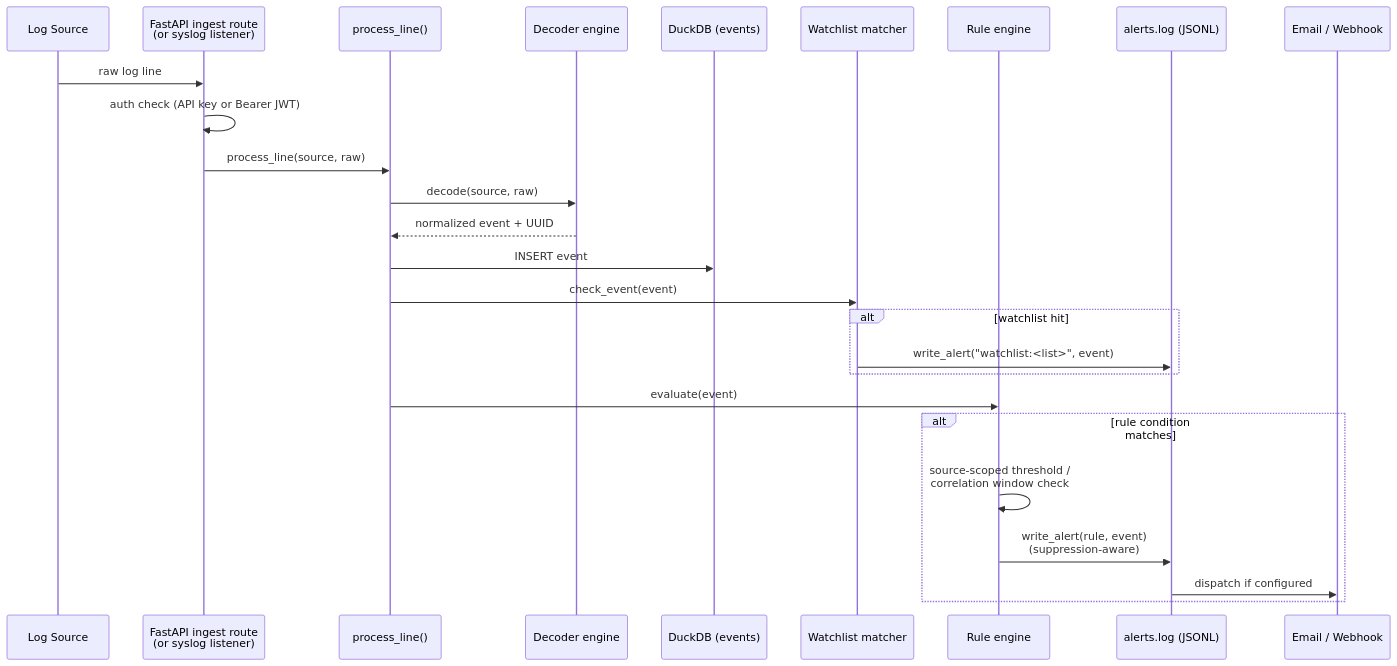
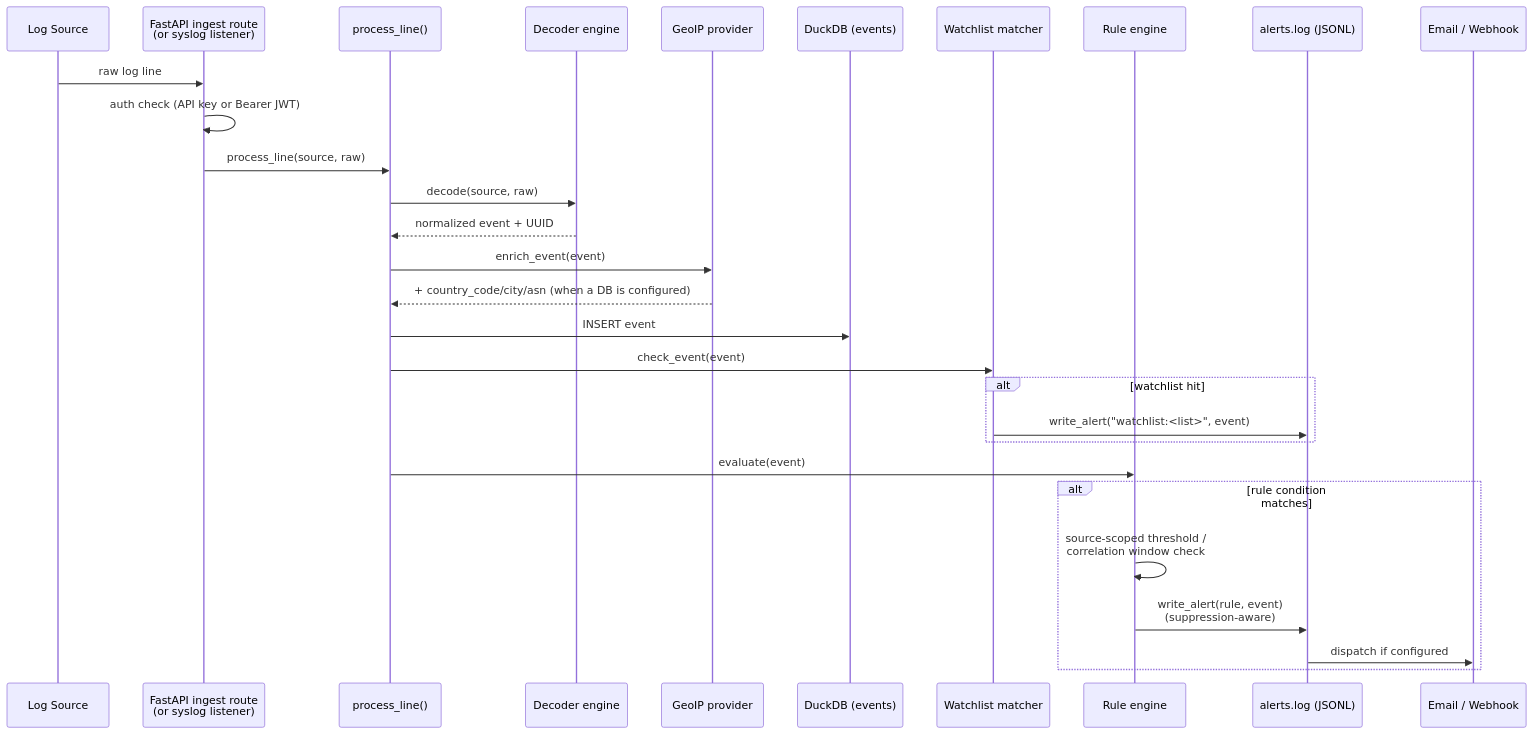
Before and after one commit to netsecid/tinysiem: the second of 5 diagrams in docs/architecture.md, drawn with Mermaid. The commit also changed other lines of this file and 9 other files, not shown here.

````diff
--- a/docs/architecture.md
+++ b/docs/architecture.md
@@ -82,29 +82,32 @@
 ```mermaid
 sequenceDiagram
     participant Src as Log Source
     participant API as FastAPI ingest route<br/>(or syslog listener)
     participant Pipe as process_line()
     participant Dec as Decoder engine
+    participant Geo as GeoIP provider
     participant DB as DuckDB (events)
     participant WL as Watchlist matcher
     participant Rule as Rule engine
     participant Log as alerts.log (JSONL)
     participant Notif as Email / Webhook
 
     Src->>API: raw log line
     API->>API: auth check (API key or Bearer JWT)
     API->>Pipe: process_line(source, raw)
     Pipe->>Dec: decode(source, raw)
     Dec-->>Pipe: normalized event + UUID
+    Pipe->>Geo: enrich_event(event)
+    Geo-->>Pipe: + country_code/city/asn (when a DB is configured)
     Pipe->>DB: INSERT event
     Pipe->>WL: check_event(event)
     alt watchlist hit
         WL->>Log: write_alert("watchlist:<list>", event)
     end
     Pipe->>Rule: evaluate(event)
     alt rule condition matches
         Rule->>Rule: source-scoped threshold /<br/>correlation window check
         Rule->>Log: write_alert(rule, event)<br/>(suppression-aware)
         Log->>Notif: dispatch if configured
     end
 ```
````
